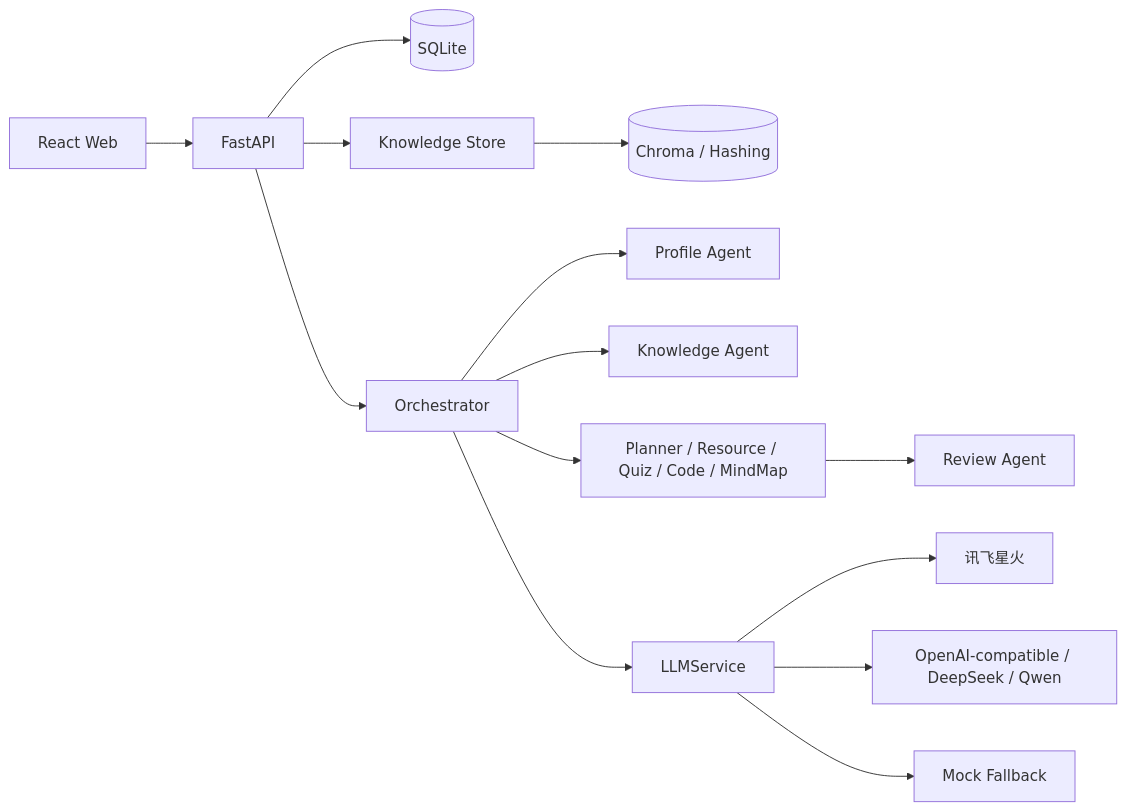
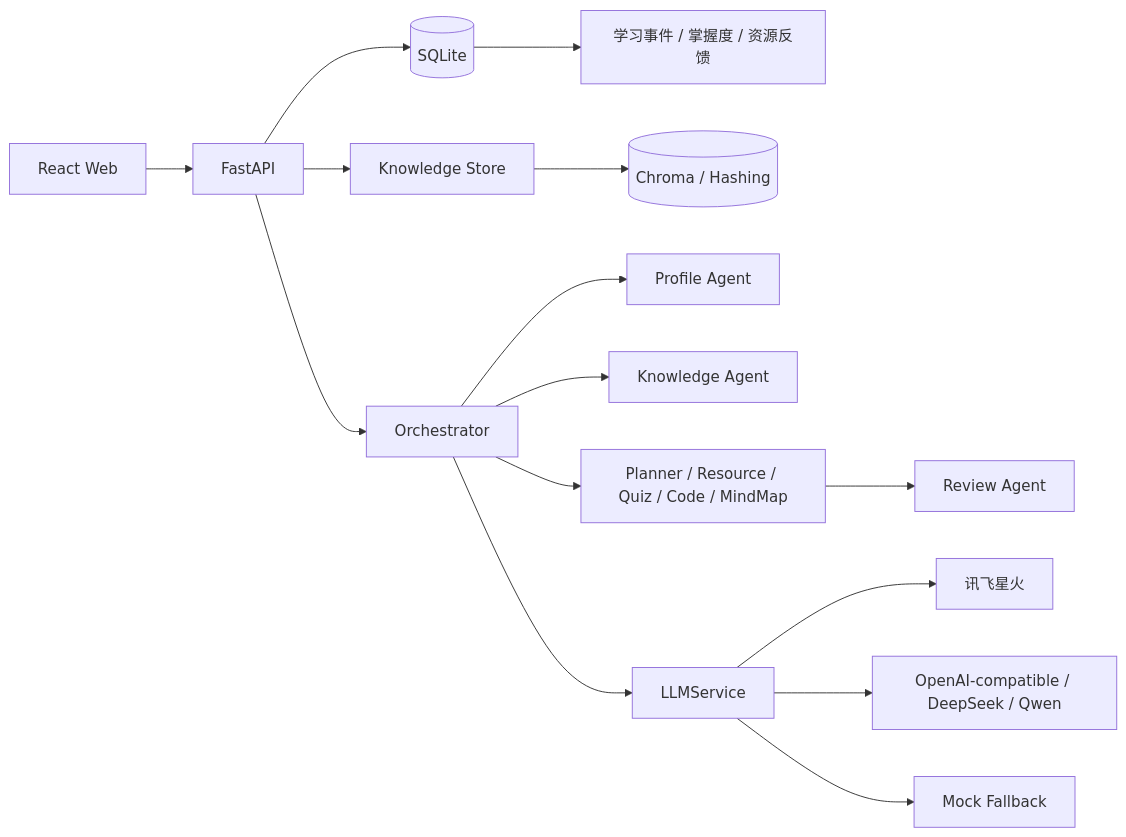
The diagram in docs/ARCHITECTURE.md (muyou2/ruanjianbei), drawn with Mermaid before and after one commit. The commit also changed other lines of this file and 19 other files, not shown here.

````diff
--- a/docs/ARCHITECTURE.md
+++ b/docs/ARCHITECTURE.md
@@ -3,16 +3,17 @@
 ```mermaid
 flowchart LR
   UI[React Web] --> API[FastAPI]
   API --> DB[(SQLite)]
+  DB --> EVT[学习事件 / 掌握度 / 资源反馈]
   API --> KB[Knowledge Store]
   KB --> CH[(Chroma / Hashing)]
   API --> ORCH[Orchestrator]
   ORCH --> P[Profile Agent]
   ORCH --> K[Knowledge Agent]
   ORCH --> G[Planner / Resource / Quiz / Code / MindMap]
   G --> R[Review Agent]
   ORCH --> LLM[LLMService]
   LLM --> S[讯飞星火]
   LLM --> O[OpenAI-compatible / DeepSeek / Qwen]
   LLM --> M[Mock Fallback]
 ```
````
